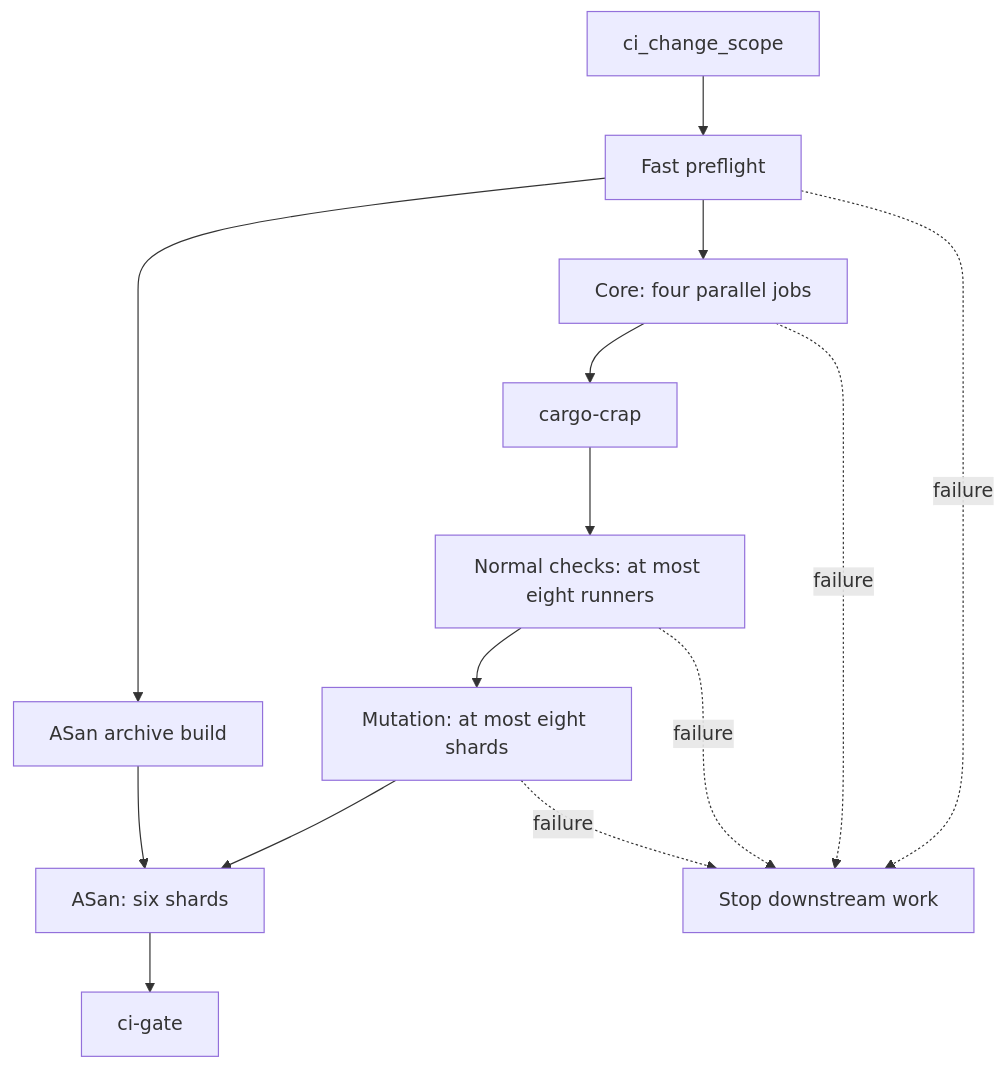
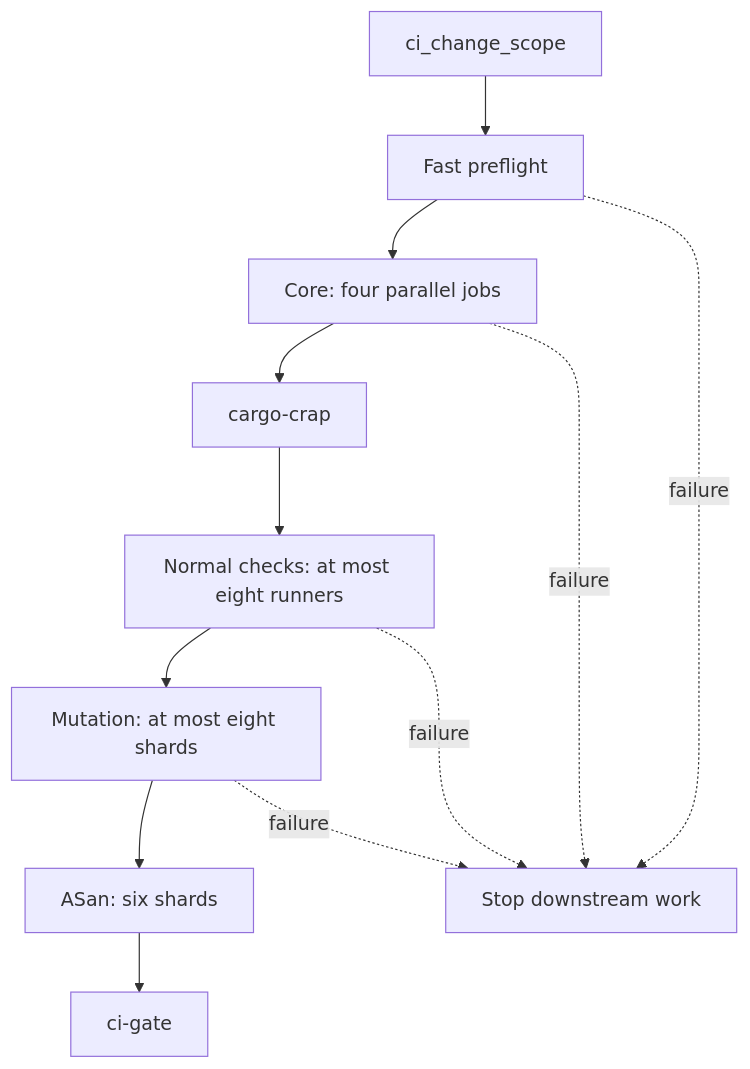
Before and after one commit to arceushui/pigloros: the fourth of 14 diagrams in CONTRIBUTING.md, drawn with Mermaid. The commit also changed other lines of this file and 5 other files, not shown here.

First line of the commit message:
[canary] Keep the ASan archive build inside the strict standard stage

````diff
--- a/CONTRIBUTING.md
+++ b/CONTRIBUTING.md
@@ -145,16 +144,14 @@
 ```mermaid
 flowchart TD
     S["ci_change_scope"] --> P["Fast preflight"]
     P --> C["Core: four parallel jobs"]
     C --> R["cargo-crap"]
     R --> N["Normal checks: at most eight runners"]
     N --> M["Mutation: at most eight shards"]
     M --> A["ASan: six shards"]
-    P --> AB["ASan archive build"]
-    AB --> A
     A --> G["ci-gate"]
     P -. "failure" .-> X["Stop downstream work"]
     C -. "failure" .-> X
     N -. "failure" .-> X
     M -. "failure" .-> X
 ```
````
